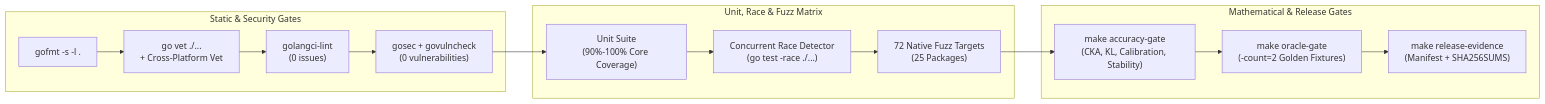
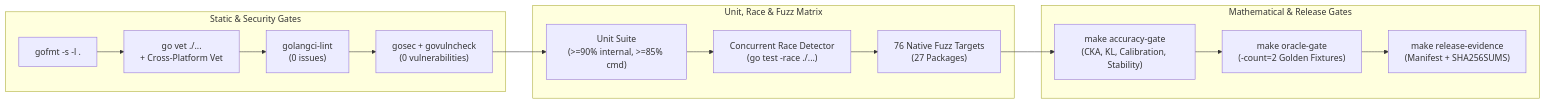
One commit to 23skdu/BurnNotice changed the diagram in docs/testing.md. Above: the diagram before and after it, drawn with Mermaid. The commit also changed other lines of this file and 1 other file, not shown here.

First line of the commit message:
docs: document coverage gate and verify all roadmap steps complete

````diff
--- a/docs/testing.md
+++ b/docs/testing.md
@@ -11,23 +11,23 @@
 ```mermaid
 flowchart LR
     subgraph Static["Static & Security Gates"]
         FMT["gofmt -s -l ."]
         VET["go vet ./...\n+ Cross-Platform Vet"]
         LINT["golangci-lint\n(0 issues)"]
         SEC["gosec + govulncheck\n(0 vulnerabilities)"]
     end
 
     subgraph Dynamic["Unit, Race & Fuzz Matrix"]
-        UNIT["Unit Suite\n(90%-100% Core Coverage)"]
+        UNIT["Unit Suite\n(>=90% internal, >=85% cmd)"]
         RACE["Concurrent Race Detector\n(go test -race ./...)"]
-        FUZZ["72 Native Fuzz Targets\n(25 Packages)"]
+        FUZZ["76 Native Fuzz Targets\n(27 Packages)"]
     end
 
     subgraph Invariants["Mathematical & Release Gates"]
         ACC["make accuracy-gate\n(CKA, KL, Calibration, Stability)"]
         ORA["make oracle-gate\n(-count=2 Golden Fixtures)"]
         EVID["make release-evidence\n(Manifest + SHA256SUMS)"]
     end
 
     FMT --> VET --> LINT --> SEC --> UNIT --> RACE --> FUZZ --> ACC --> ORA --> EVID
 ```
````
